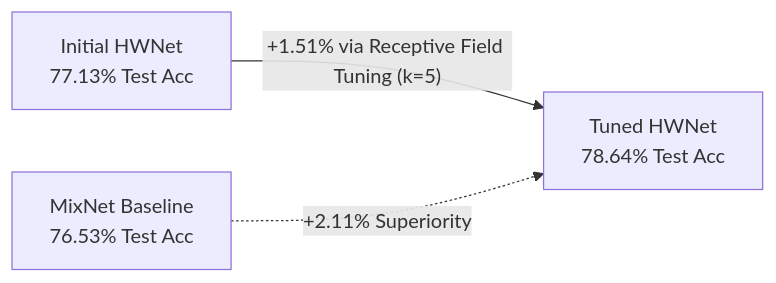
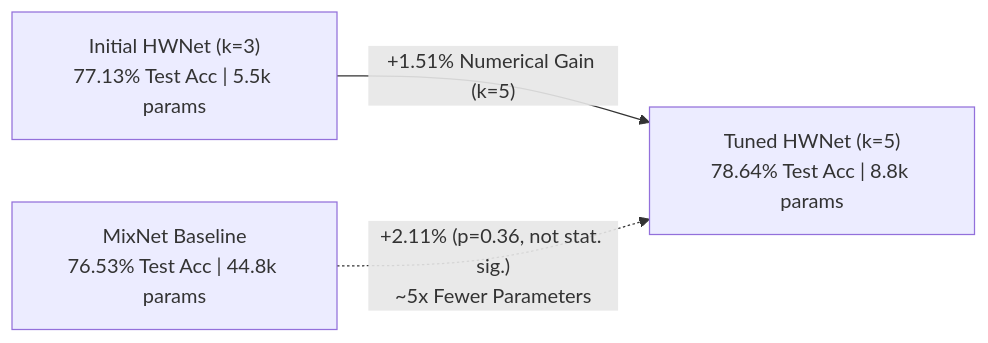
Before and after one commit to pratch/frontier-hw-bci: the first of 2 diagrams in docs/hyperparameter_tuning_report.md, drawn with Mermaid. The commit also changed other lines of this file and 1 other file, not shown here.

Commit message:
docs: correct receptive field formula, selection rationale, and statistical precision

````diff
--- a/docs/hyperparameter_tuning_report.md
+++ b/docs/hyperparameter_tuning_report.md
@@ -21,5 +21,5 @@
 ```mermaid
 graph LR
-    A["Initial HWNet<br/>77.13% Test Acc"] -->|"+1.51% via Receptive Field Tuning (k=5)"| B["Tuned HWNet<br/>78.64% Test Acc"]
-    C["MixNet Baseline<br/>76.53% Test Acc"] -.->|"+2.11% Superiority"| B
+    A["Initial HWNet (k=3)<br/>77.13% Test Acc | 5.5k params"] -->|"+1.51% Numerical Gain (k=5)"| B["Tuned HWNet (k=5)<br/>78.64% Test Acc | 8.8k params"]
+    C["MixNet Baseline<br/>76.53% Test Acc | 44.8k params"] -.->|"+2.11% (p=0.36, not stat. sig.)<br/>~5x Fewer Parameters"| B
 ```
````
